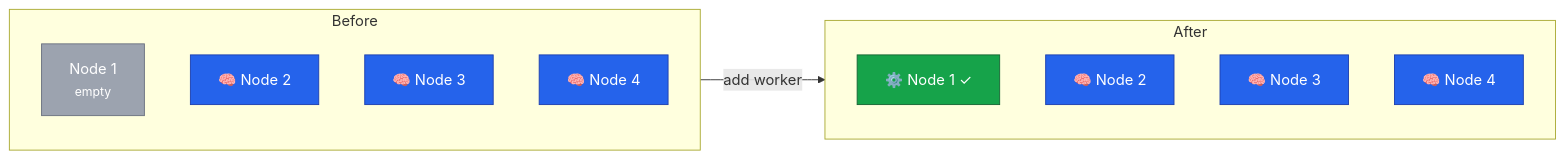
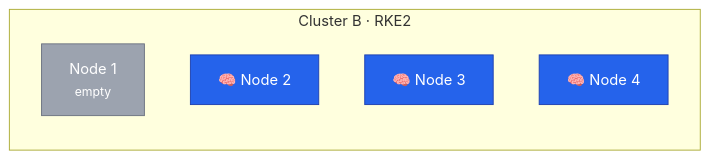
The first of 2 diagrams in guides/migrating-k3s-to-rke2-without-downtime/lesson-24.md (philprime/philprime.dev), drawn with Mermaid before and after one commit. The commit also changed other lines of this file, not shown here.

First line of the commit message:
Rewrite lesson 24: Add Node 1 as worker following writing style guide

````diff
--- a/guides/migrating-k3s-to-rke2-without-downtime/lesson-24.md
+++ b/guides/migrating-k3s-to-rke2-without-downtime/lesson-24.md
@@ -36,28 +24,15 @@
 ```mermaid!
 flowchart LR
-  subgraph before["Before"]
-    direction TB
+  subgraph B["Cluster B · RKE2"]
     B1["Node 1<br/><small>empty</small>"]
     B2["🧠 Node 2"]
     B3["🧠 Node 3"]
     B4["🧠 Node 4"]
   end
 
-  subgraph after["After"]
-    direction TB
-    A1["⚙️ Node 1 ✓"]
-    A2["🧠 Node 2"]
-    A3["🧠 Node 3"]
-    A4["🧠 Node 4"]
-  end
-
-  before -->|"add worker"| after
-
   classDef empty fill:#9ca3af,color:#fff,stroke:#6b7280
   classDef cp fill:#2563eb,color:#fff,stroke:#1e40af
-  classDef worker fill:#16a34a,color:#fff,stroke:#166534
 
   class B1 empty
-  class B2,B3,B4,A2,A3,A4 cp
-  class A1 worker
+  class B2,B3,B4 cp
 ```
````
